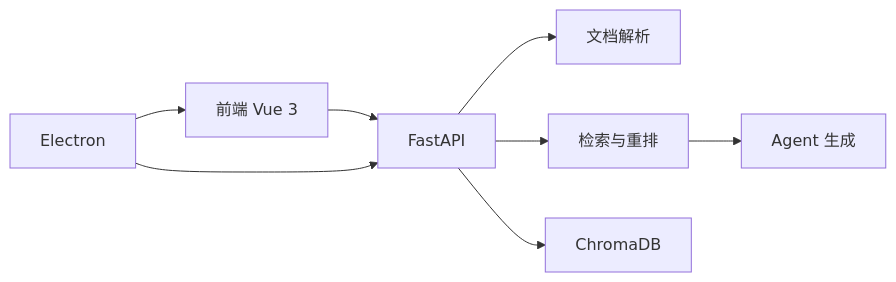
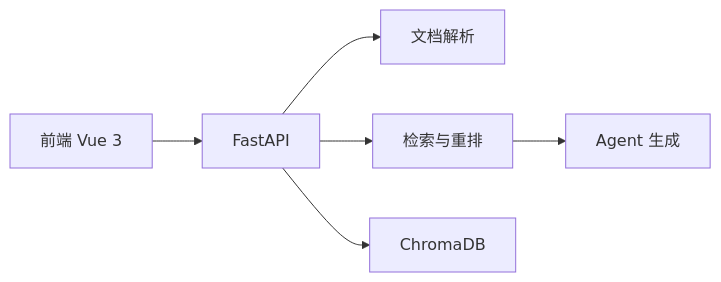
One commit to emotion-exit/rag-agent changed the first of 5 diagrams in docs/项目功能解析与实践总结.md. Above: the diagram before and after it, drawn with Mermaid. The commit also changed other lines of this file and 18 other files, not shown here.

````diff
--- a/docs/项目功能解析与实践总结.md
+++ b/docs/项目功能解析与实践总结.md
@@ -9,10 +9,8 @@
 ```mermaid
 flowchart LR
 	A[前端 Vue 3] --> B[FastAPI]
 	B --> C[文档解析]
 	B --> D[检索与重排]
 	D --> E[Agent 生成]
 	B --> F[ChromaDB]
-	G[Electron] --> A
-	G --> B
 ```
````
